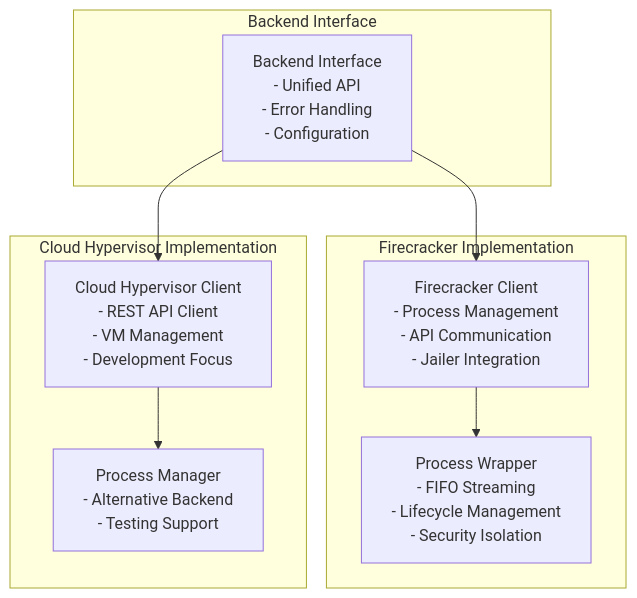
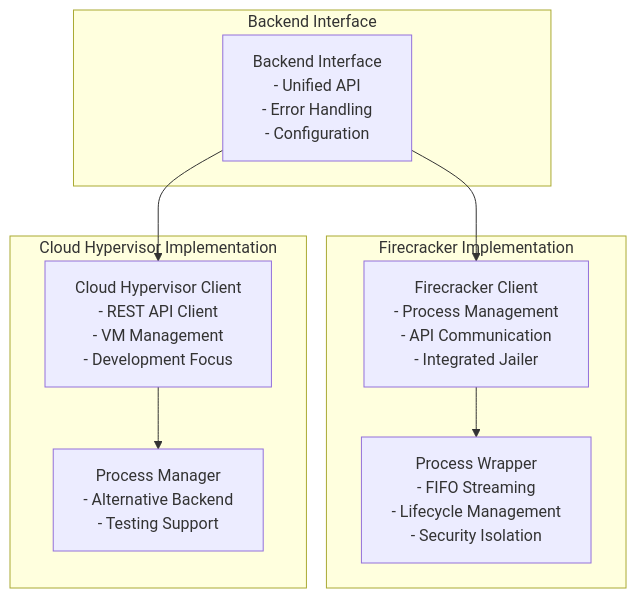
One commit to unkeyed/unkey changed the fourth of 13 diagrams in go/deploy/metald/docs/architecture/components/metald.md. Above: the diagram before and after it, drawn with Mermaid. The commit also changed other lines of this file and 298 other files, not shown here.

````diff
--- a/go/deploy/metald/docs/architecture/components/metald.md
+++ b/go/deploy/metald/docs/architecture/components/metald.md
@@ -175,22 +175,22 @@
 ```mermaid
 graph TB
     subgraph "Backend Interface"
         Interface[Backend Interface<br/>- Unified API<br/>- Error Handling<br/>- Configuration]
     end
     
     subgraph "Firecracker Implementation"
-        FCClient[Firecracker Client<br/>- Process Management<br/>- API Communication<br/>- Jailer Integration]
+        FCClient[Firecracker Client<br/>- Process Management<br/>- API Communication<br/>- Integrated Jailer]
         FCProcess[Process Wrapper<br/>- FIFO Streaming<br/>- Lifecycle Management<br/>- Security Isolation]
     end
     
     subgraph "Cloud Hypervisor Implementation"
         CHClient[Cloud Hypervisor Client<br/>- REST API Client<br/>- VM Management<br/>- Development Focus]
         CHProcess[Process Manager<br/>- Alternative Backend<br/>- Testing Support]
     end
     
     Interface --> FCClient
     Interface --> CHClient
     
     FCClient --> FCProcess
     CHClient --> CHProcess
 ```
````
